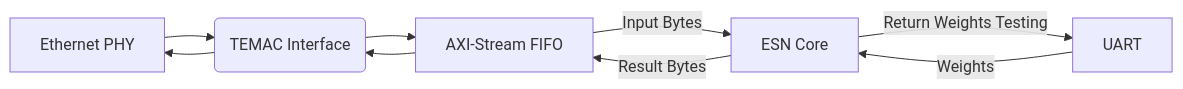
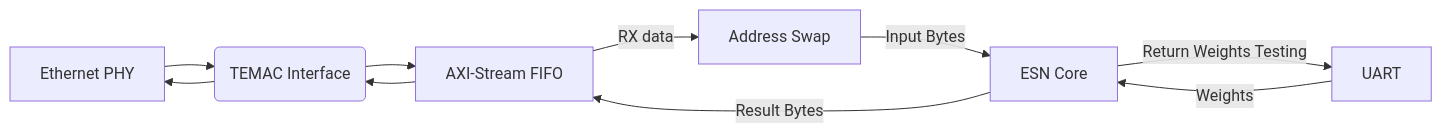
The second of 2 diagrams in README.md (muhammadfarhan720/RNN-MIMO-Ethernet-accelerator), drawn with Mermaid before and after one commit.

````diff
--- a/README.md
+++ b/README.md
@@ -69,11 +69,12 @@
 ```mermaid
 graph LR
     A[Ethernet PHY] --> B(TEMAC Interface)
     B(TEMAC Interface) --> A[Ethernet PHY]
     B --> C[AXI-Stream FIFO]
-    C --> |Input Bytes| D[ESN Core]
+    C --> |RX data| S[Address Swap]
+    S --> |Input Bytes| D[ESN Core]
     E[UART] -->|Weights| D
     D -->|Return Weights Testing| E
     D -->|Result Bytes| C
     C --> B
 ```
````
